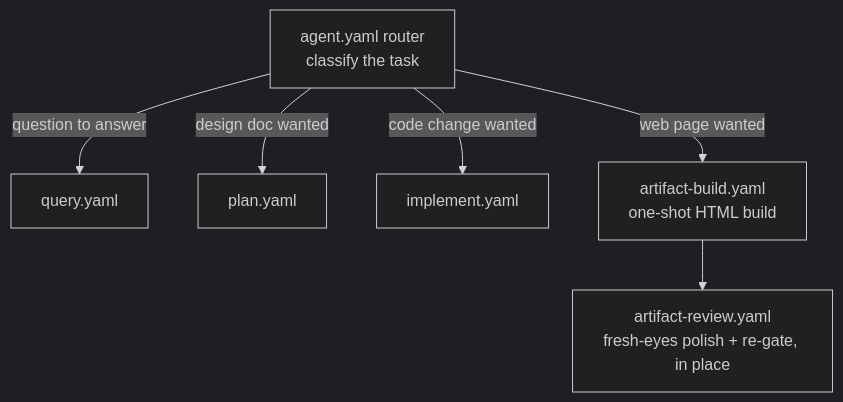
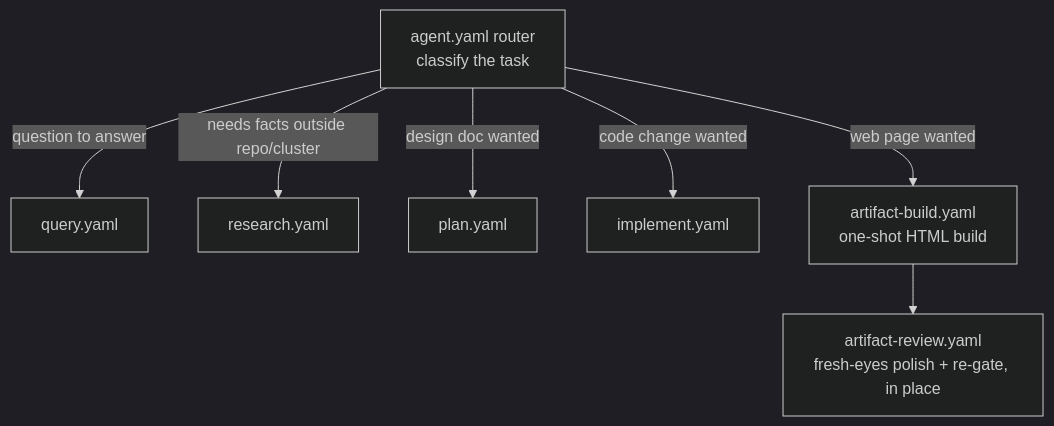
One commit to jomcgi-org/homelab changed the second of 2 diagrams in projects/firecracker/goosecracker/README.md. Above: the diagram before and after it, drawn with Mermaid (dark theme). The commit also changed 15 other files, not shown here.

````diff
--- a/projects/firecracker/goosecracker/README.md
+++ b/projects/firecracker/goosecracker/README.md
@@ -58,8 +58,9 @@
 ```mermaid
 graph TD
     A[agent.yaml router<br/>classify the task] -->|question to answer| Q[query.yaml]
+    A -->|needs facts outside repo/cluster| S[research.yaml]
     A -->|design doc wanted| P[plan.yaml]
     A -->|code change wanted| I[implement.yaml]
     A -->|web page wanted| B[artifact-build.yaml<br/>one-shot HTML build]
     B --> R[artifact-review.yaml<br/>fresh-eyes polish + re-gate, in place]
 ```
````
